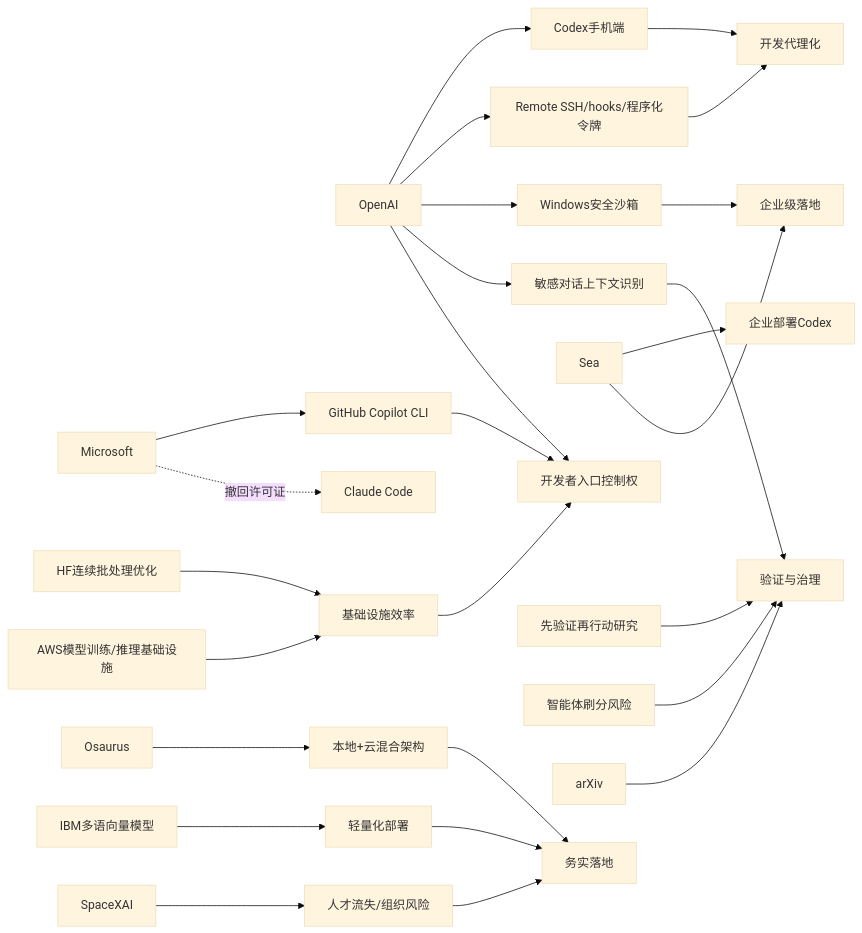
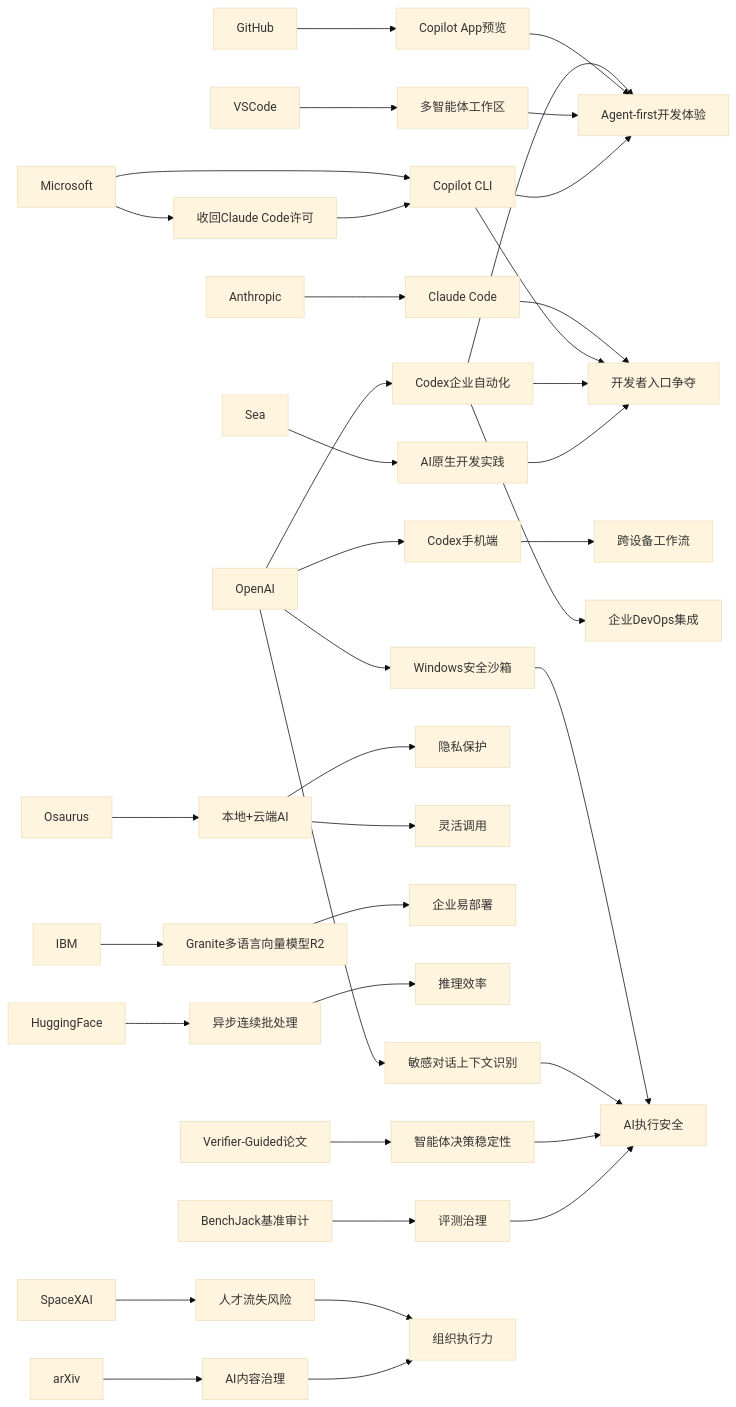
The diagram in content/cn/2026/2026-05/2026-05-15.md (zhuxinfei/ai-daily-site), drawn with Mermaid (base theme) before and after one commit. The commit also changed other lines of this file, not shown here.

````diff
--- a/content/cn/2026/2026-05/2026-05-15.md
+++ b/content/cn/2026/2026-05/2026-05-15.md
@@ -110,32 +110,49 @@
 ```mermaid
 graph LR
-    OpenAI --> CodexMobile[Codex手机端]
-    OpenAI --> CodexRemote[Remote SSH/hooks/程序化令牌]
-    OpenAI --> WinSandbox[Windows安全沙箱]
-    OpenAI --> SensitiveContext[敏感对话上下文识别]
-    Sea --> CodexAdoption[企业部署Codex]
-    CodexMobile --> AgentDev[开发代理化]
-    CodexRemote --> AgentDev
-    WinSandbox --> EnterpriseAdoption[企业级落地]
-    Sea --> EnterpriseAdoption
+    OpenAI --> Codex_Mobile[Codex手机端]
+    OpenAI --> Codex_Enterprise[Codex企业自动化]
+    OpenAI --> Sensitive_Context[敏感对话上下文识别]
+    OpenAI --> Windows_Sandbox[Windows安全沙箱]
 
-    Microsoft --> CopilotCLI[GitHub Copilot CLI]
-    Microsoft -.撤回许可证.-> ClaudeCode[Claude Code]
-    CopilotCLI --> DevToolControl[开发者入口控制权]
-    OpenAI --> DevToolControl
-    HFAsync[HF连续批处理优化] --> InfraEfficiency[基础设施效率]
-    AWSInfra[AWS模型训练/推理基础设施] --> InfraEfficiency
-    InfraEfficiency --> DevToolControl
+    Codex_Enterprise --> Agent_First[Agent-first开发体验]
+    Codex_Mobile --> Cross_Device[跨设备工作流]
+    Codex_Enterprise --> DevOps[企业DevOps集成]
+    Windows_Sandbox --> AI_Safety[AI执行安全]
 
-    SensitiveContext --> Verification[验证与治理]
-    VerifierPaper[先验证再行动研究] --> Verification
-    BenchJack[智能体刷分风险] --> Verification
-    arXiv --> Verification
+    GitHub --> Copilot_App[Copilot App预览]
+    VSCode --> Multi_Agent[多智能体工作区]
+    Microsoft --> Copilot_CLI[Copilot CLI]
+    Microsoft --> Revoke_Claude[收回Claude Code许可]
+    Anthropic --> Claude_Code[Claude Code]
 
-    Osaurus --> HybridAI[本地+云混合架构]
-    IBMGranite[IBM多语向量模型] --> LightweightDeploy[轻量化部署]
-    HybridAI --> PracticalAI[务实落地]
-    LightweightDeploy --> PracticalAI
-    SpaceXAI --> TalentRisk[人才流失/组织风险]
-    TalentRisk --> PracticalAI
+    Revoke_Claude --> Copilot_CLI
+    Copilot_App --> Agent_First
+    Multi_Agent --> Agent_First
+    Copilot_CLI --> Agent_First
+    Claude_Code --> Dev_Tool_War[开发者入口争夺]
+    Copilot_CLI --> Dev_Tool_War
+    Codex_Enterprise --> Dev_Tool_War
+
+    Osaurus --> Hybrid_AI[本地+云端AI]
+    Hybrid_AI --> Privacy[隐私保护]
+    Hybrid_AI --> Flexibility[灵活调用]
+
+    IBM --> Granite_R2[Granite多语言向量模型R2]
+    HuggingFace --> Async_Batching[异步连续批处理]
+    Granite_R2 --> Enterprise_Deploy[企业易部署]
+    Async_Batching --> Inference_Efficiency[推理效率]
+
+    Verifier_Paper[Verifier-Guided论文] --> Agent_Reliability[智能体决策稳定性]
+    BenchJack[BenchJack基准审计] --> Eval_Governance[评测治理]
+    Sensitive_Context --> AI_Safety
+    Agent_Reliability --> AI_Safety
+    Eval_Governance --> AI_Safety
+
+    arXiv --> AI_Governance[AI内容治理]
+    SpaceXAI --> Talent_Risk[人才流失风险]
+    Sea --> AI_Native_Dev[AI原生开发实践]
+
+    AI_Native_Dev --> Dev_Tool_War
+    Talent_Risk --> Org_Execution[组织执行力]
+    AI_Governance --> Org_Execution
 ```
````
